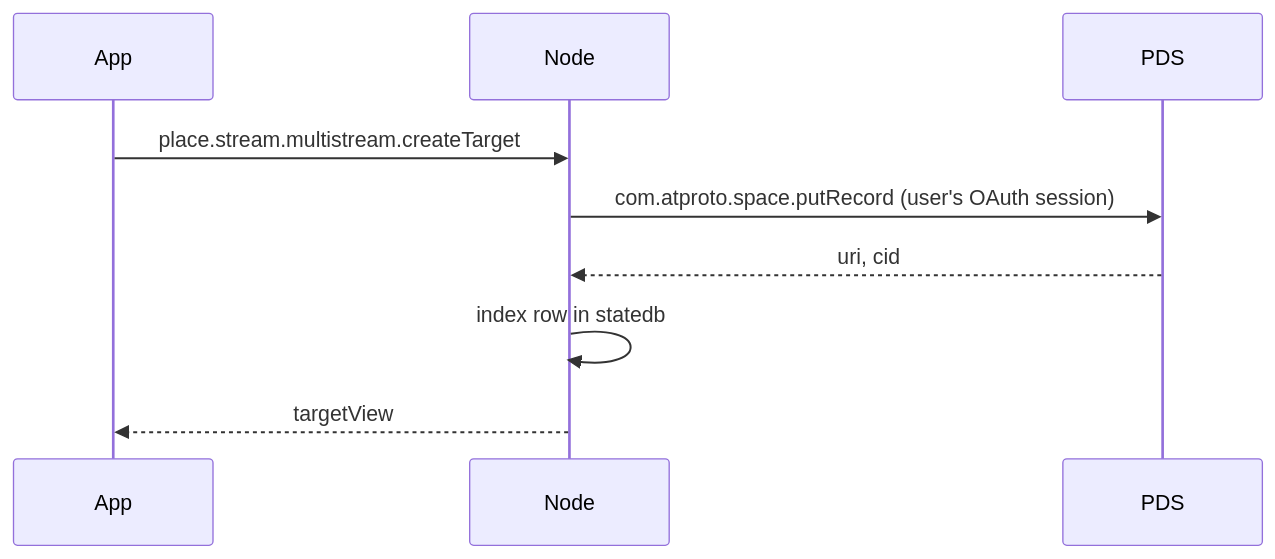
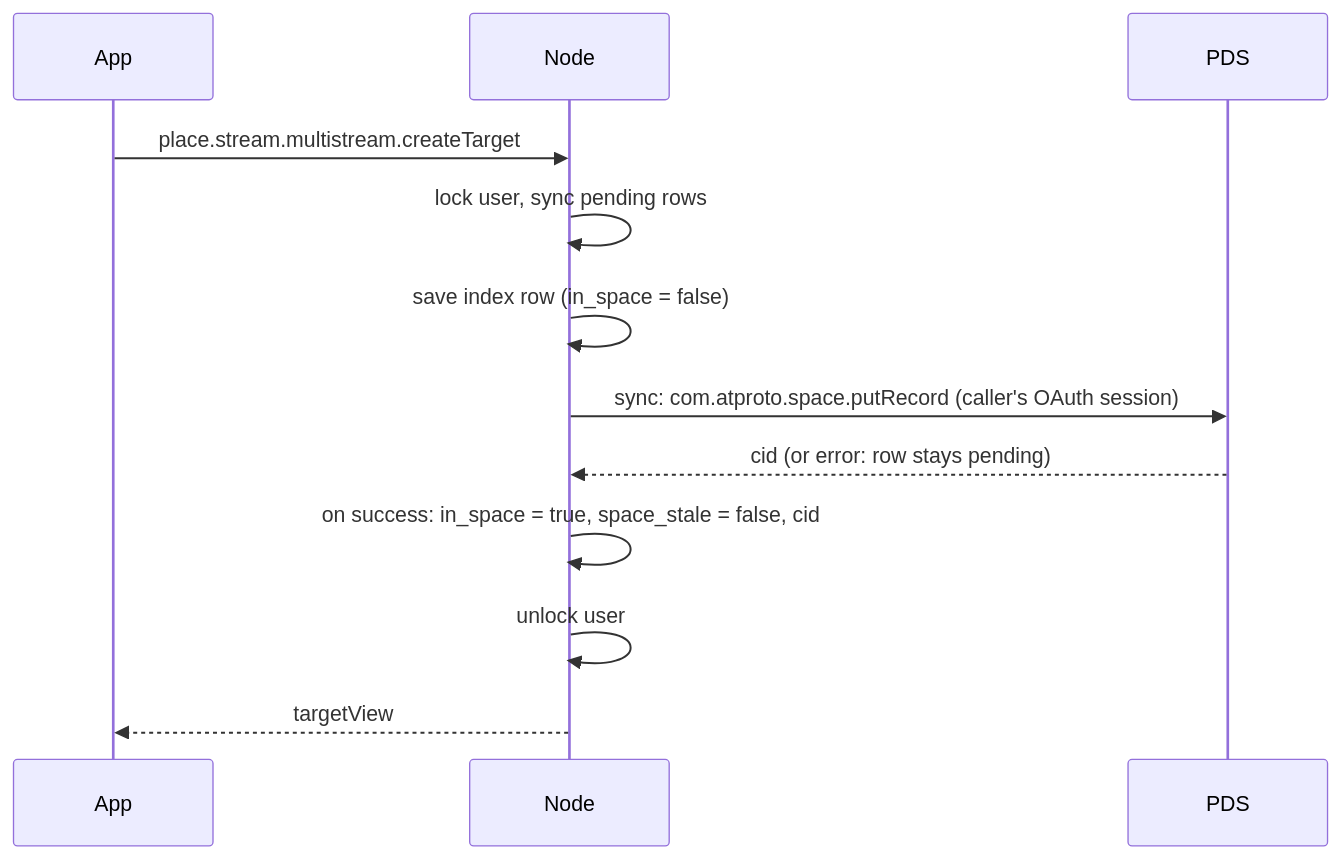
The diagram in docs/spaces.md (streamplace/streamplace), drawn with Mermaid before and after one commit. The commit also changed other lines of this file and 7 other files, not shown here.

First line of the commit message:
spaces: write the index first and sync pending rows to the space

````diff
--- a/docs/spaces.md
+++ b/docs/spaces.md
@@ -100,11 +100,14 @@
 ```mermaid
 sequenceDiagram
     participant App
     participant Node
     participant PDS
     App->>Node: place.stream.multistream.createTarget
-    Node->>PDS: com.atproto.space.putRecord (user's OAuth session)
-    PDS-->>Node: uri, cid
-    Node->>Node: index row in statedb
+    Node->>Node: lock user, sync pending rows
+    Node->>Node: save index row (in_space = false)
+    Node->>PDS: sync: com.atproto.space.putRecord (caller's OAuth session)
+    PDS-->>Node: cid (or error: row stays pending)
+    Node->>Node: on success: in_space = true, space_stale = false, cid
+    Node->>Node: unlock user
     Node-->>App: targetView
 ```
````
